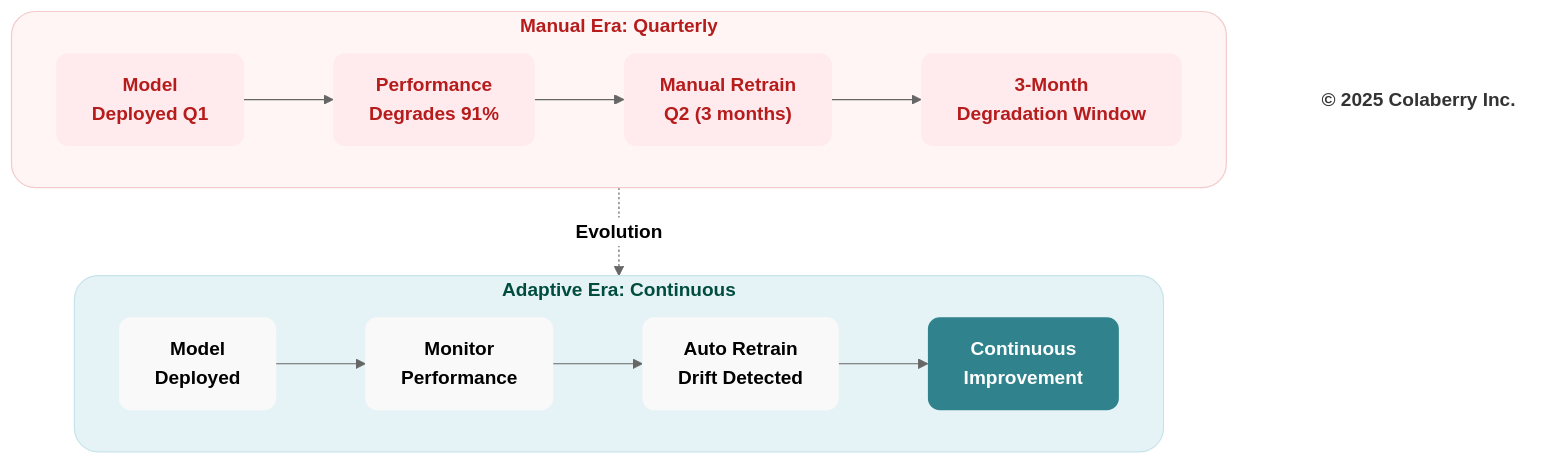
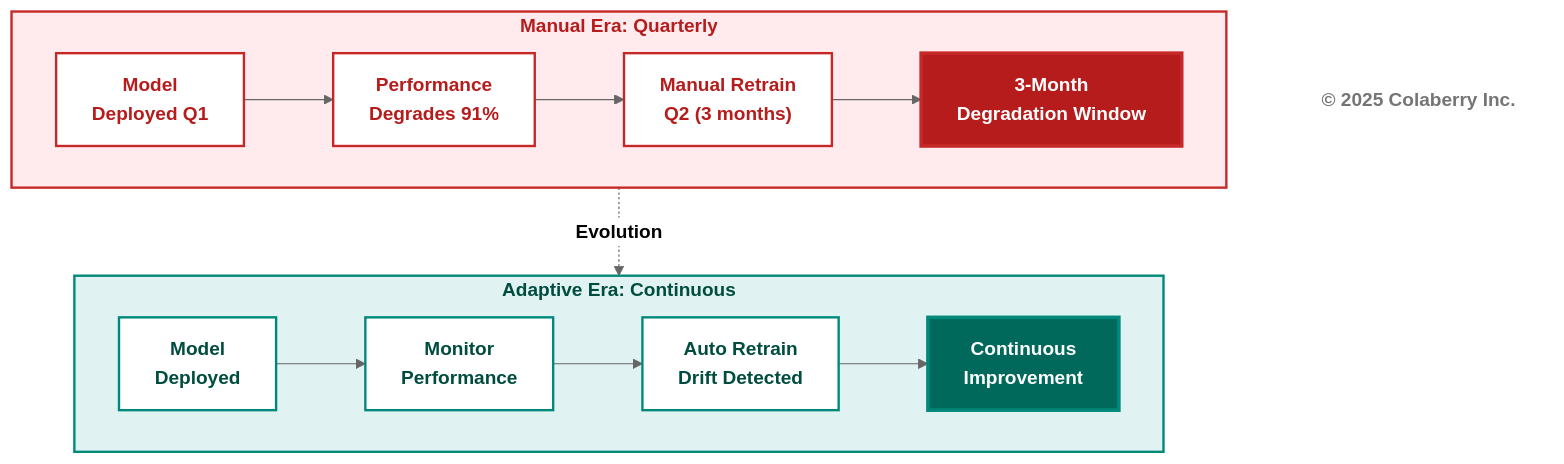
The tenth of 12 diagrams in manuscript/03_chapter_2_inpact_framework.md (saitejesh-cyber/trust-before-intelligence-book), drawn with Mermaid (neutral theme) before and after one commit. The commit also changed other lines of this file and 12 other files, not shown here.

Commit message:
Restore legacy Mermaid styles for Option 1

````diff
--- a/manuscript/03_chapter_2_inpact_framework.md
+++ b/manuscript/03_chapter_2_inpact_framework.md
@@ -754,40 +716,35 @@
 ```mermaid
 graph TB
     subgraph ERA1["<b>Manual Era: Quarterly</b>"]
         direction LR
         A1["<b>Model<br/>Deployed Q1</b>"] --> B1["<b>Performance<br/>Degrades 91%</b>"]
         B1 --> C1["<b>Manual Retrain<br/>Q2 (3 months)</b>"]
         C1 --> D1["<b>3-Month<br/>Degradation Window</b>"]
         
-        %% 🔴 CRITICAL TRUST EROSION
-        style D1 fill:#ffebee,stroke:none,color:#b71c1c,rx:10,ry:10
+        style D1 fill:#b71c1c,color:#ffffff,stroke:#c62828,stroke-width:3px
     end
     
-    %% 🔵 TRANSITION — CONTINUOUS ADAPTATION
     ERA1 -.->|<b>Evolution</b>| ERA2
     
     subgraph ERA2["<b>Adaptive Era: Continuous</b>"]
         direction LR
         A2["<b>Model<br/>Deployed</b>"] --> B2["<b>Monitor<br/>Performance</b>"]
         B2 --> C2["<b>Auto Retrain<br/>Drift Detected</b>"]
         C2 --> D2["<b>Continuous<br/>Improvement</b>"]
+        
+        style D2 fill:#00695c,color:#ffffff,stroke:#00897b,stroke-width:3px
     end
-
-    %% 🔴 FAILURE / TRUST EROSION
-    style ERA1 fill:#fff5f5,stroke:#f2caca,stroke-width:1px,color:#b71c1c,rx:20,ry:20
-    style A1 fill:#ffebee,stroke:none,color:#b71c1c,rx:10,ry:10
-    style B1 fill:#ffebee,stroke:none,color:#b71c1c,rx:10,ry:10
-    style C1 fill:#ffebee,stroke:none,color:#b71c1c,rx:10,ry:10
-    style D1 fill:#ffebee,stroke:none,color:#b71c1c,rx:10,ry:10
-
-    %% 🟢 TRUSTED / ADAPTIVE OUTCOME
-    style ERA2 fill:#e6f3f6,stroke:#c7e3ea,stroke-width:1px,color:#004d40,rx:20,ry:20
-    style A2 fill:#f9f9f9,stroke:none,color:#000000,rx:10,ry:10
-    style B2 fill:#f9f9f9,stroke:none,color:#000000,rx:10,ry:10
-    style C2 fill:#f9f9f9,stroke:none,color:#000000,rx:10,ry:10
-    style D2 fill:#30838C,stroke:none,color:#ffffff,rx:10,ry:10
-
-    %% FOOTER
+    
+    style ERA1 fill:#ffebee,stroke:#c62828,stroke-width:2px,color:#b71c1c
+    style A1 fill:#ffffff,stroke:#c62828,stroke-width:2px,color:#b71c1c
+    style B1 fill:#ffffff,stroke:#c62828,stroke-width:2px,color:#b71c1c
+    style C1 fill:#ffffff,stroke:#c62828,stroke-width:2px,color:#b71c1c
+    
+    style ERA2 fill:#e0f2f1,stroke:#00897b,stroke-width:2px,color:#004d40
+    style A2 fill:#ffffff,stroke:#00897b,stroke-width:2px,color:#004d40
+    style B2 fill:#ffffff,stroke:#00897b,stroke-width:2px,color:#004d40
+    style C2 fill:#ffffff,stroke:#00897b,stroke-width:2px,color:#004d40
+    
     Copyright["<b>© 2025 Colaberry Inc.</b>"]
-    style Copyright fill:none,stroke:none,color:#333333
+    style Copyright fill:#ffffff,stroke:none,color:#757575
 ```
````
